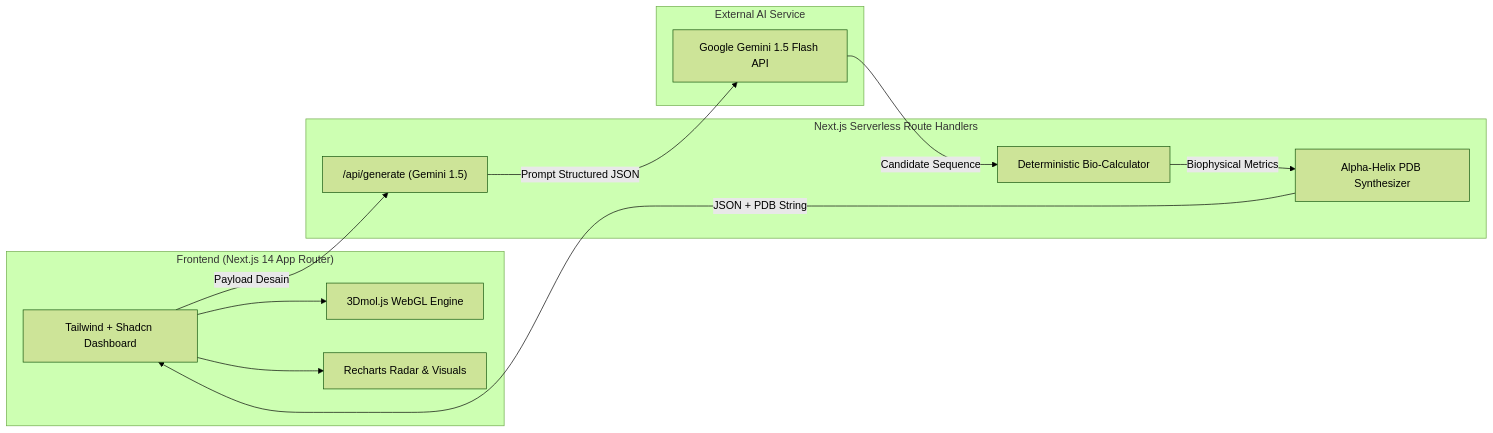
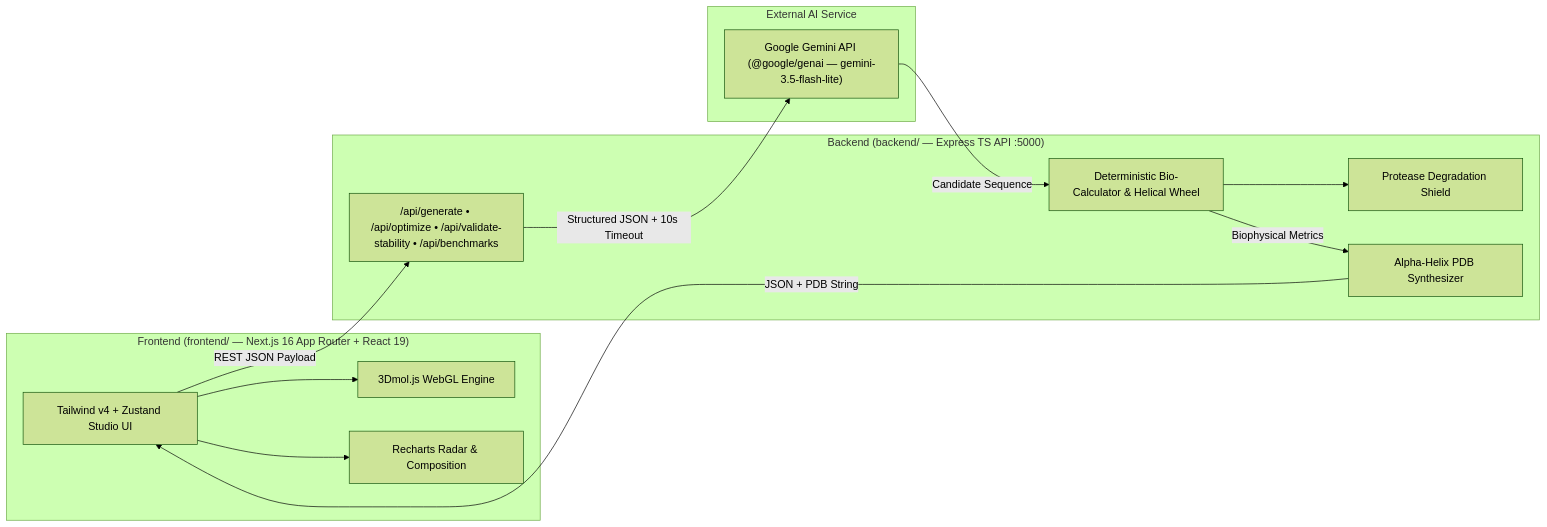
The first of 2 diagrams in blueprint/synthia-bio-master-blueprint.md (Pashinoh/Synthia-Bio), drawn with Mermaid (forest theme) before and after one commit. The commit also changed other lines of this file and 5 other files, not shown here.

Commit message:
fix(backend): switch to gemini-3.5-flash-lite with timeout, fix tsc relative imports, and sync blueprint docs

````diff
--- a/blueprint/synthia-bio-master-blueprint.md
+++ b/blueprint/synthia-bio-master-blueprint.md
@@ -57,26 +57,28 @@
 ```mermaid
 flowchart LR
-    subgraph Client ["Frontend (Next.js 14 App Router)"]
-        UI["Tailwind + Shadcn Dashboard"]
+    subgraph Client ["Frontend (frontend/ — Next.js 16 App Router + React 19)"]
+        UI["Tailwind v4 + Zustand Studio UI"]
         WebGL["3Dmol.js WebGL Engine"]
-        Charts["Recharts Radar & Visuals"]
+        Charts["Recharts Radar & Composition"]
     end
 
-    subgraph API ["Next.js Serverless Route Handlers"]
-        GenRoute["/api/generate (Gemini 1.5)"]
-        BioEngine["Deterministic Bio-Calculator"]
+    subgraph API ["Backend (backend/ — Express TS API :5000)"]
+        Routes["/api/generate • /api/optimize • /api/validate-stability • /api/benchmarks"]
+        BioEngine["Deterministic Bio-Calculator & Helical Wheel"]
+        Protease["Protease Degradation Shield"]
         PDBBuilder["Alpha-Helix PDB Synthesizer"]
     end
 
     subgraph External ["External AI Service"]
-        Gemini["Google Gemini 1.5 Flash API"]
+        Gemini["Google Gemini API (@google/genai — gemini-3.5-flash-lite)"]
     end
 
-    UI -->|Payload Desain| GenRoute
-    GenRoute -->|Prompt Structured JSON| Gemini
+    UI -->|REST JSON Payload| Routes
+    Routes -->|Structured JSON + 10s Timeout| Gemini
     Gemini -->|Candidate Sequence| BioEngine
+    BioEngine --> Protease
     BioEngine -->|Biophysical Metrics| PDBBuilder
     PDBBuilder -->|JSON + PDB String| UI
     UI --> WebGL
     UI --> Charts
 ```
````
